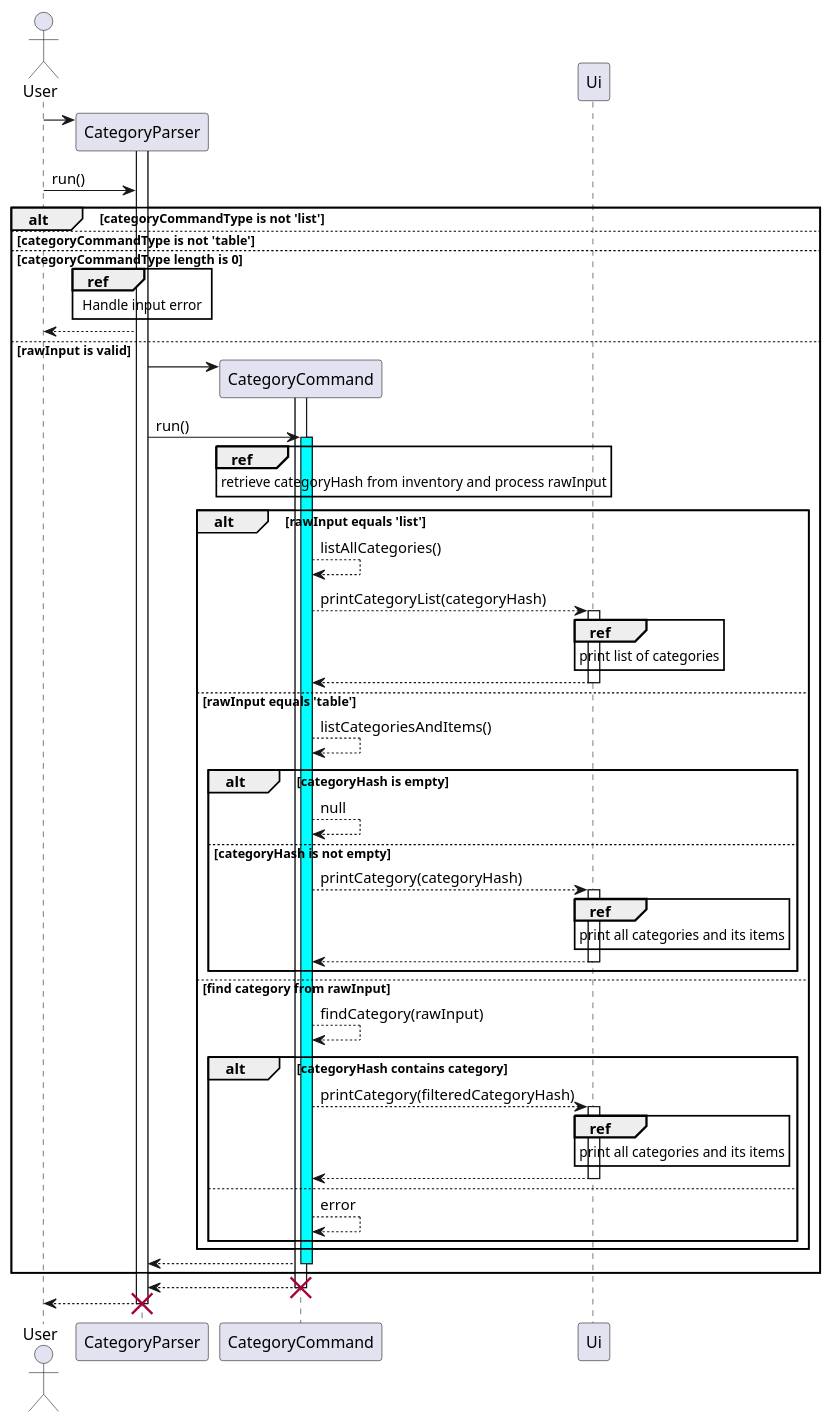
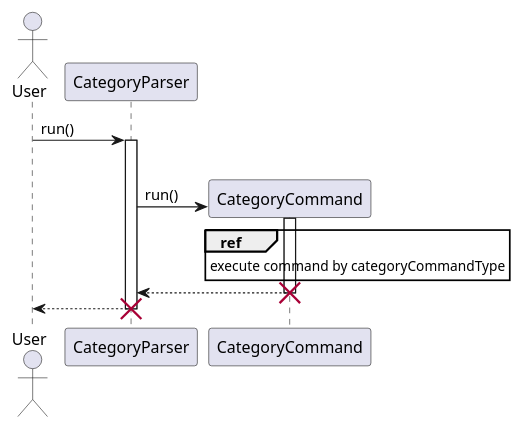
The diagram in docs/UML/Category/CategoryParser.puml (nus-cs2113-AY2223S2/tp), drawn with PlantUML before and after one commit. The commit also changed 9 other files, not shown here.

Commit message:
Modify uml diagrams for remove and category

```diff
--- a/docs/UML/Category/CategoryParser.puml
+++ b/docs/UML/Category/CategoryParser.puml
@@ -1,65 +1,20 @@
 @startuml
 'https://plantuml.com/sequence-diagram
 
 
 actor User
-User -> CategoryParser**
+
+User -> CategoryParser: run()
 activate CategoryParser
-User -> CategoryParser: run()
-alt categoryCommandType is not 'list'
-else categoryCommandType is not 'table'
-else categoryCommandType length is 0
-    ref over CategoryParser
-        Handle input error
+alt categoryCommandType is 'list' or 'table
+    CategoryParser -> CategoryCommand**: run()
+    activate CategoryCommand
+    ref over CategoryCommand
+        execute command by categoryCommandType
     end ref
-    CategoryParser --> User
-else rawInput is valid
 
-CategoryParser -> CategoryCommand**
-activate CategoryCommand
-CategoryParser -> CategoryCommand: run()
-activate CategoryCommand #cyan
-ref over CategoryCommand
-    retrieve categoryHash from inventory and process rawInput
-end ref
-participant Ui
-alt rawInput equals 'list'
-    CategoryCommand --> CategoryCommand: listAllCategories()
-    CategoryCommand --> Ui: printCategoryList(categoryHash)
-    activate Ui
-    ref over Ui
-        print list of categories
-    end ref
-    return
-else rawInput equals 'table'
-    CategoryCommand --> CategoryCommand: listCategoriesAndItems()
-    alt categoryHash is empty
-        CategoryCommand --> CategoryCommand: null
-    else categoryHash is not empty
-        CategoryCommand --> Ui : printCategory(categoryHash)
-        activate Ui
-        ref over Ui
-            print all categories and its items
-        end ref
-        return
-    end
-else find category from rawInput
-    CategoryCommand --> CategoryCommand: findCategory(rawInput)
-    alt categoryHash contains category
-        CategoryCommand --> Ui : printCategory(filteredCategoryHash)
-        activate Ui
-        ref over Ui
-            print all categories and its items
-        end ref
-        return
-    else
-        CategoryCommand --> CategoryCommand: error
-    end
-end
-return
-end
 return
 destroy CategoryCommand
 return
 destroy CategoryParser
 @enduml
```
